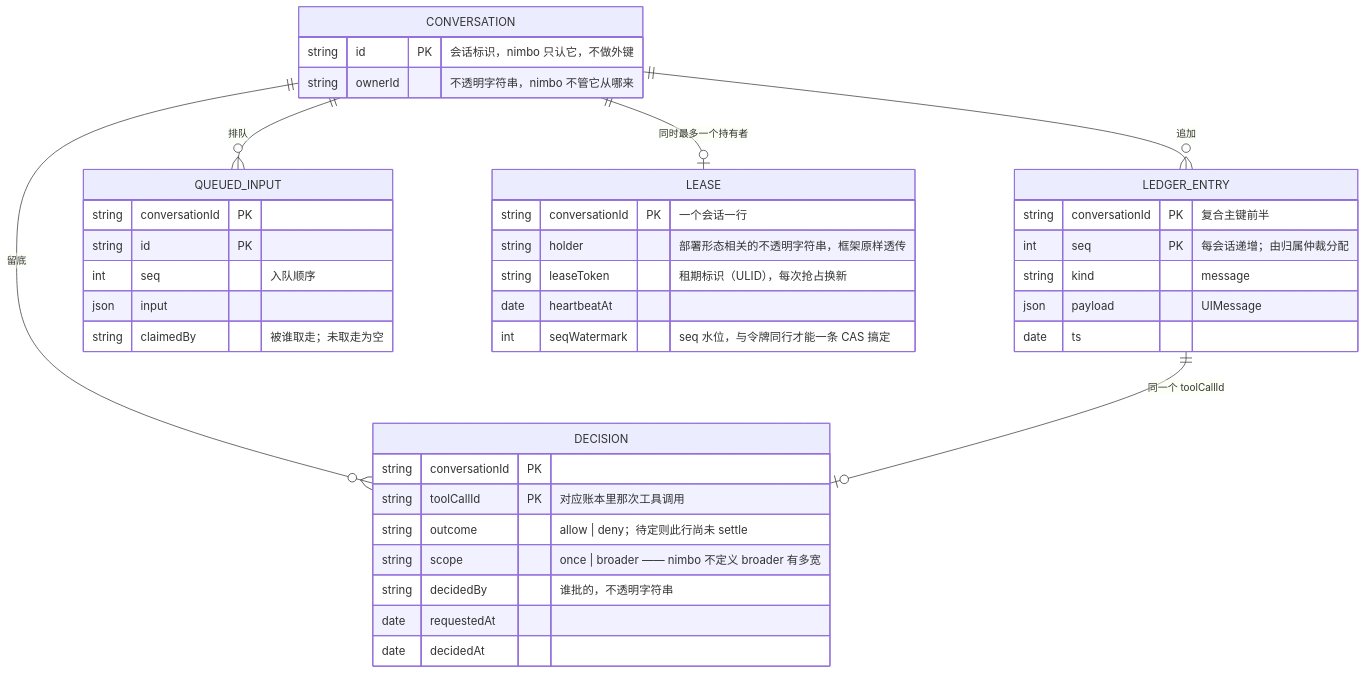
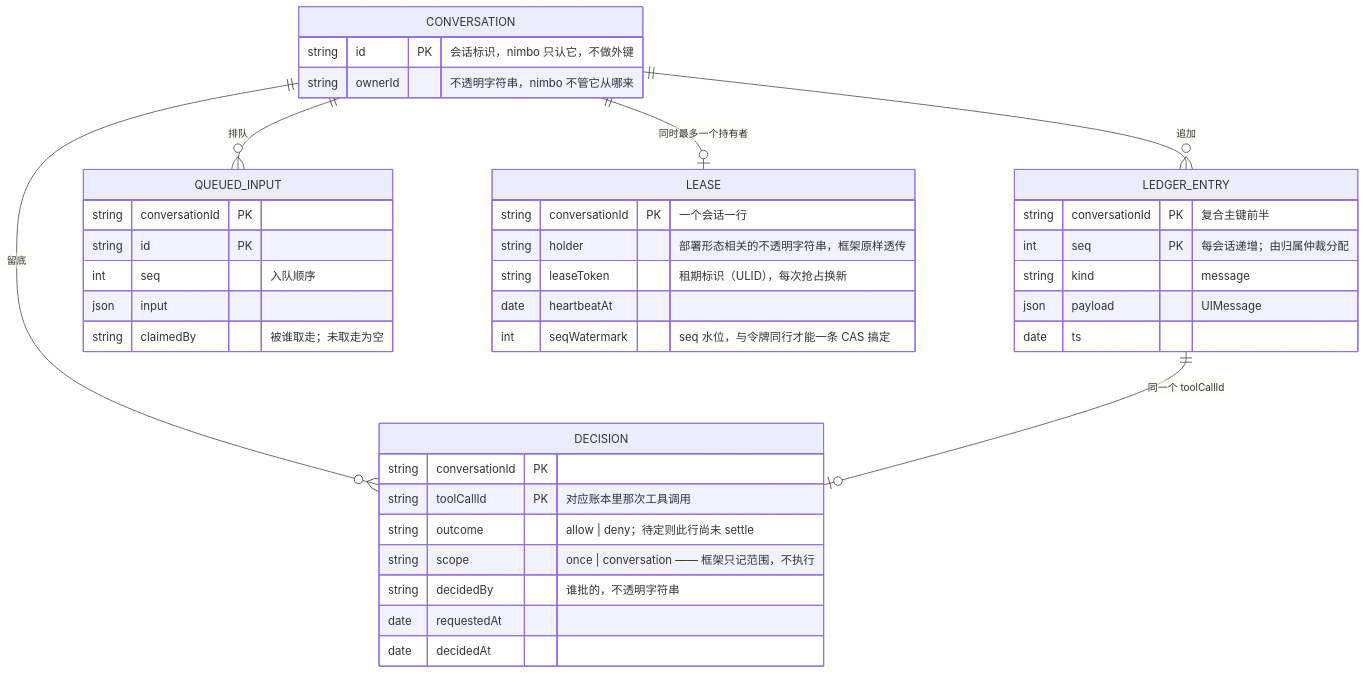
One commit to ludafa/runko changed the second of 3 diagrams in docs/architecture/tech/agent-kernel.md. Above: the diagram before and after it, drawn with Mermaid. The commit also changed 20 other files, not shown here.

````diff
--- a/docs/architecture/tech/agent-kernel.md
+++ b/docs/architecture/tech/agent-kernel.md
@@ -95,43 +95,43 @@
 ```mermaid
 erDiagram
     CONVERSATION ||--o{ LEDGER_ENTRY : "追加"
     CONVERSATION ||--o{ DECISION : "留底"
     CONVERSATION ||--o{ QUEUED_INPUT : "排队"
     CONVERSATION ||--o| LEASE : "同时最多一个持有者"
     LEDGER_ENTRY ||--o| DECISION : "同一个 toolCallId"
 
     CONVERSATION {
         string id PK "会话标识，nimbo 只认它，不做外键"
         string ownerId "不透明字符串，nimbo 不管它从哪来"
     }
     LEDGER_ENTRY {
         string conversationId PK "复合主键前半"
         int    seq            PK "每会话递增；由归属仲裁分配"
         string kind              "message"
         json   payload           "UIMessage"
         date   ts
     }
     DECISION {
         string conversationId PK
         string toolCallId     PK "对应账本里那次工具调用"
         string outcome           "allow | deny；待定则此行尚未 settle"
-        string scope             "once | broader —— nimbo 不定义 broader 有多宽"
+        string scope             "once | conversation —— 框架只记范围，不执行"
         string decidedBy         "谁批的，不透明字符串"
         date   requestedAt
         date   decidedAt
     }
     QUEUED_INPUT {
         string conversationId PK
         string id             PK
         int    seq               "入队顺序"
         json   input
         string claimedBy         "被谁取走；未取走为空"
     }
     LEASE {
         string conversationId PK "一个会话一行"
         string holder            "部署形态相关的不透明字符串，框架原样透传"
         string leaseToken        "租期标识（ULID），每次抢占换新"
         date   heartbeatAt
         int    seqWatermark      "seq 水位，与令牌同行才能一条 CAS 搞定"
     }
 ```
````
